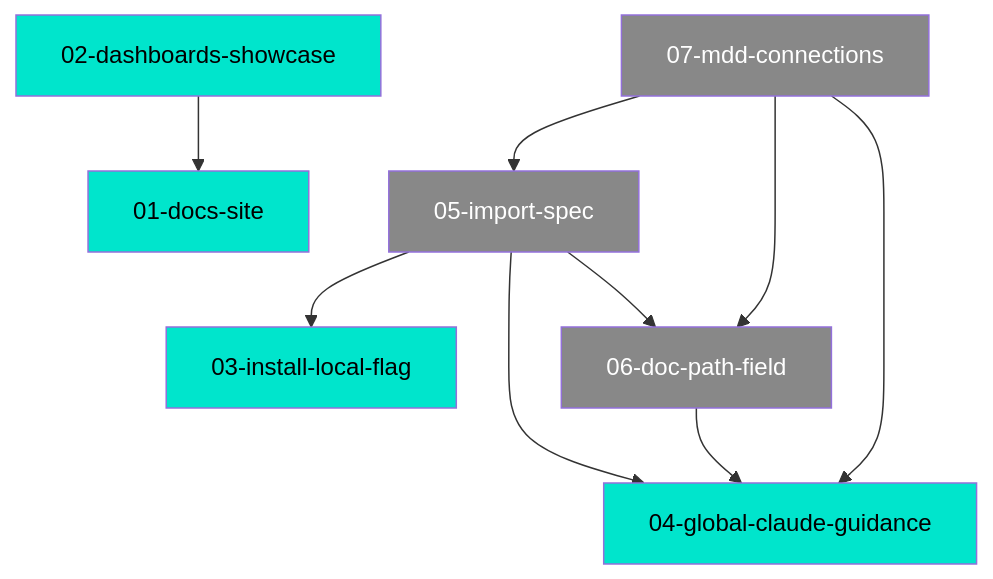
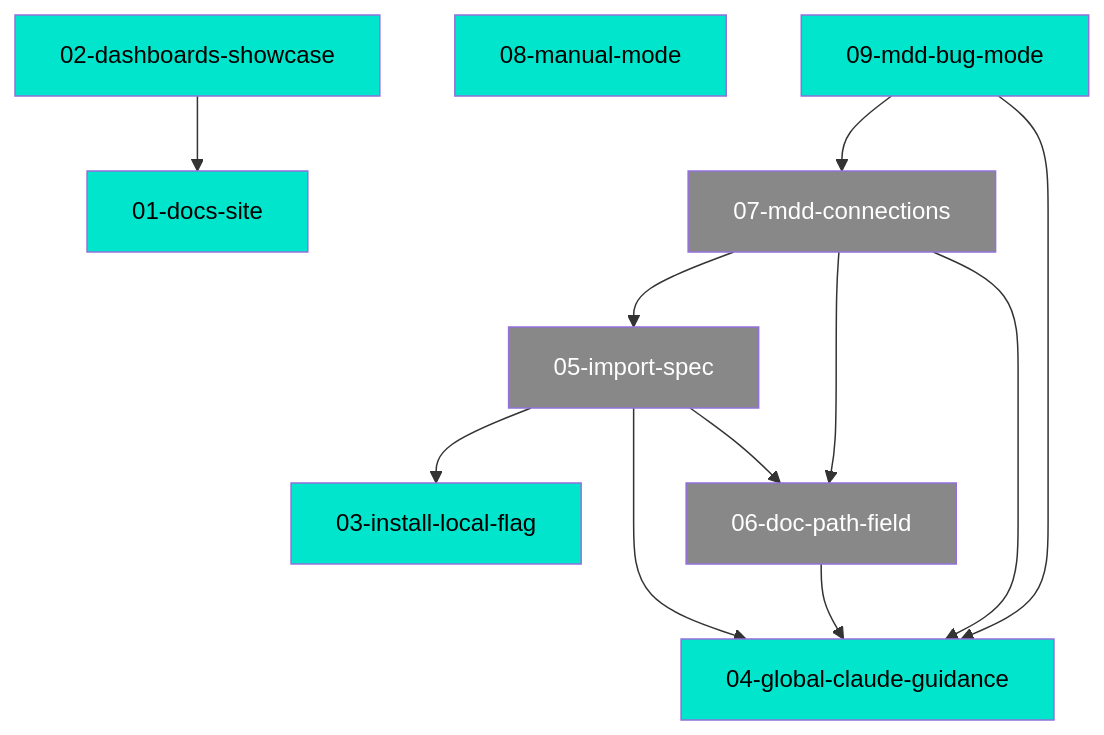
Before and after one commit to TheDecipherist/mdd: the diagram in .mdd/connections.md, drawn with Mermaid. The commit also changed other lines of this file and 7 other files, not shown here.

First line of the commit message:
feat: add /mdd bug mode — fix bugs with feature doc integration (v1.6.6)

````diff
--- a/.mdd/connections.md
+++ b/.mdd/connections.md
@@ -25,18 +28,21 @@
 ```mermaid
 graph TD
   N01["01-docs-site"]:::complete
   N02["02-dashboards-showcase"]:::complete --> N01
   N03["03-install-local-flag"]:::complete
   N04["04-global-claude-guidance"]:::complete
   N05["05-import-spec"]:::draft --> N03
   N05 --> N04
   N05 --> N06
   N06["06-doc-path-field"]:::draft --> N04
   N07["07-mdd-connections"]:::draft --> N04
   N07 --> N05
   N07 --> N06
+  N08["08-manual-mode"]:::complete
+  N09["09-mdd-bug-mode"]:::complete --> N04
+  N09 --> N07
   classDef complete fill:#00e5cc,color:#000
   classDef in_progress fill:#ffaa00,color:#000
   classDef draft fill:#888,color:#fff
   classDef deprecated fill:#555,color:#aaa
 ```
````
